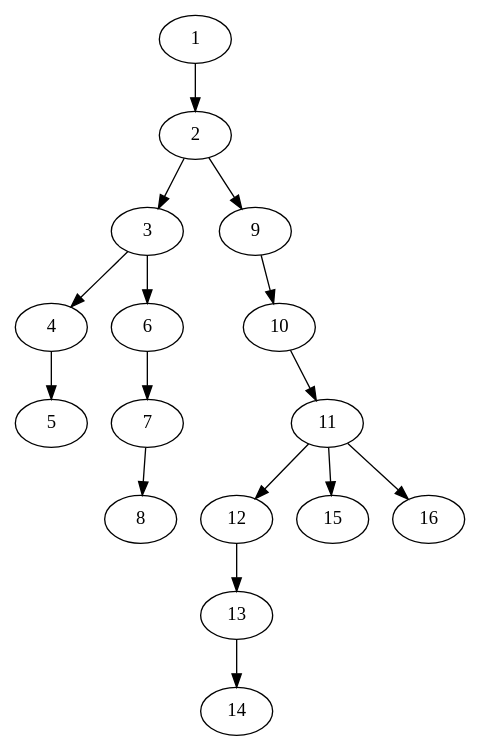
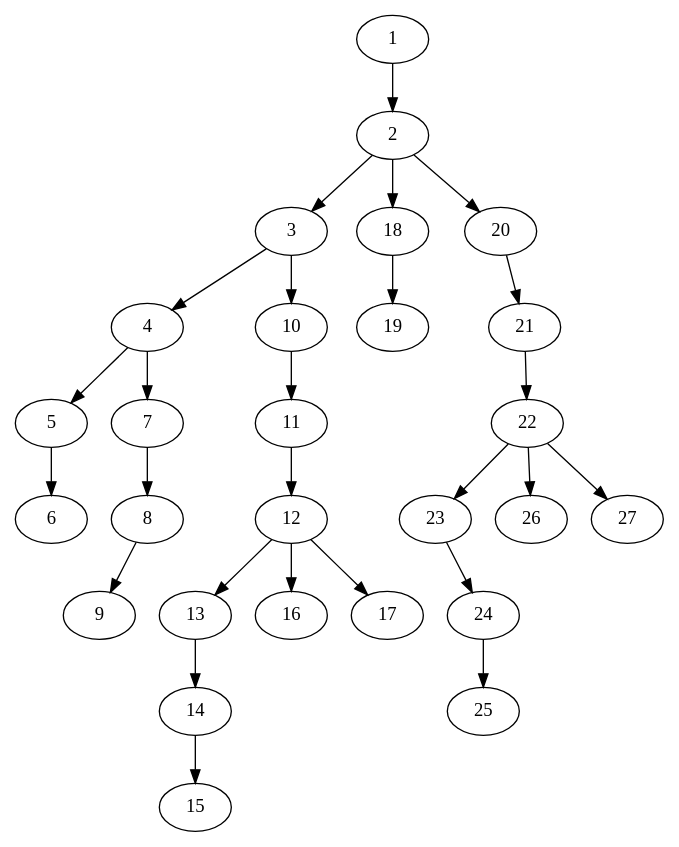
The diagram in caspian/src/ast_stuff.dot (Ajax12345/caspian-lang), drawn with Graphviz before and after one commit. The commit also changed 4 other files, not shown here.

```diff
--- a/caspian/src/ast_stuff.dot
+++ b/caspian/src/ast_stuff.dot
@@ -1,17 +1,28 @@
 strict digraph "" {
 	1 -> 2;
 	2 -> 3;
-	2 -> 9;
+	2 -> 18;
+	2 -> 20;
 	3 -> 4;
-	3 -> 6;
+	3 -> 10;
 	4 -> 5;
-	6 -> 7;
+	4 -> 7;
+	5 -> 6;
 	7 -> 8;
-	9 -> 10;
+	8 -> 9;
 	10 -> 11;
 	11 -> 12;
-	11 -> 15;
-	11 -> 16;
 	12 -> 13;
+	12 -> 16;
+	12 -> 17;
 	13 -> 14;
+	14 -> 15;
+	18 -> 19;
+	20 -> 21;
+	21 -> 22;
+	22 -> 23;
+	22 -> 26;
+	22 -> 27;
+	23 -> 24;
+	24 -> 25;
 }
```
